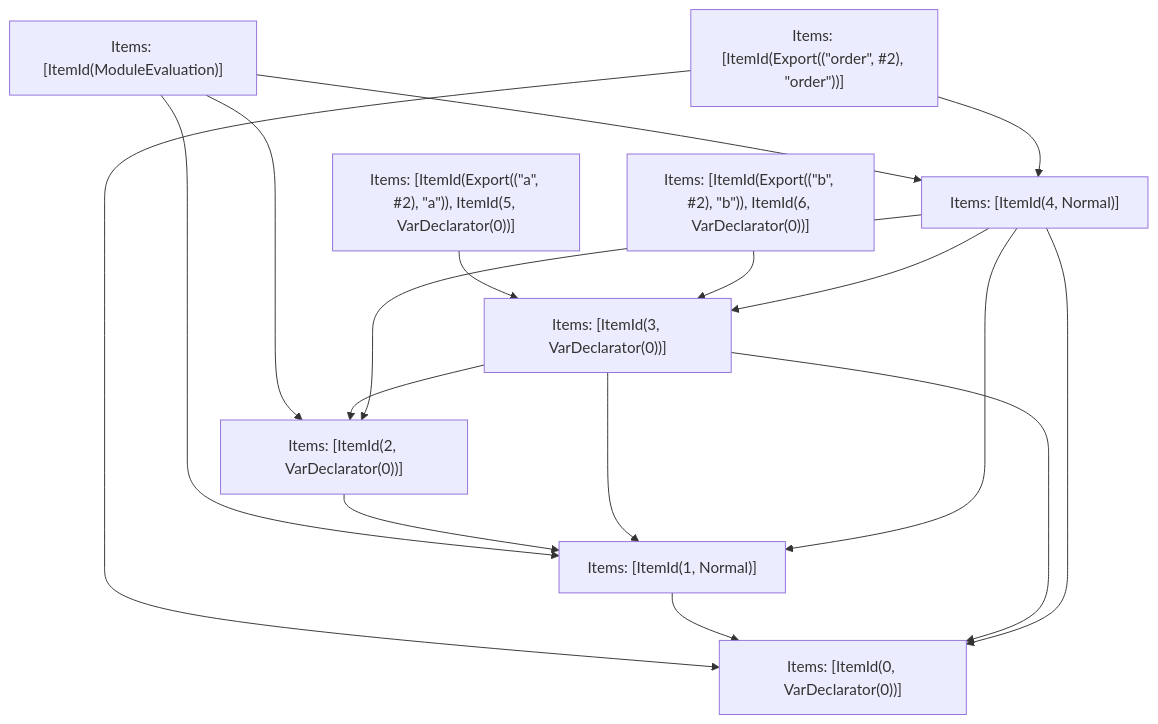
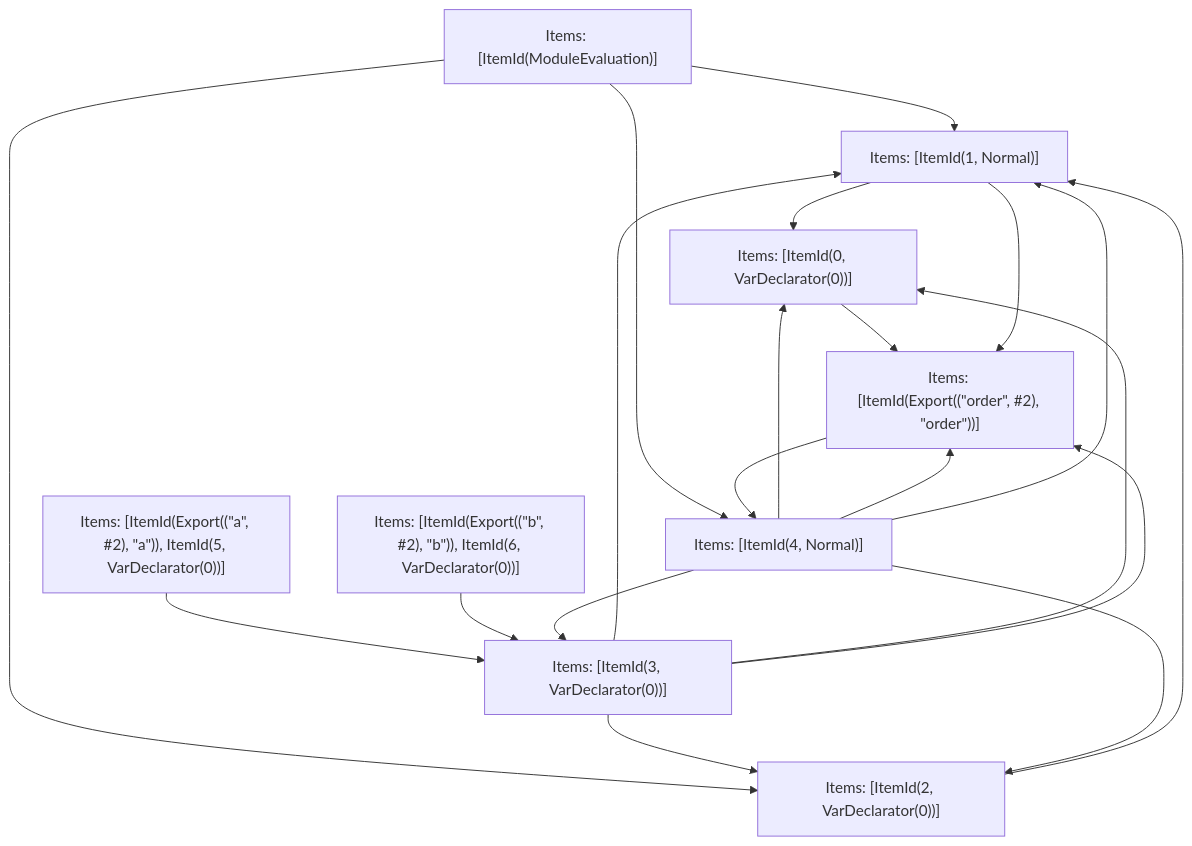
The fifth of 5 diagrams in crates/turbopack-ecmascript/tests/tree-shaker/analyzer/shared-regression/output.md (vercel/turborepo), drawn with Mermaid before and after one commit. The commit also changed other lines of this file and 24 other files, not shown here.

````diff
--- a/crates/turbopack-ecmascript/tests/tree-shaker/analyzer/shared-regression/output.md
+++ b/crates/turbopack-ecmascript/tests/tree-shaker/analyzer/shared-regression/output.md
@@ -215,28 +224,31 @@
 ```mermaid
 graph TD
     N0["Items: [ItemId(ModuleEvaluation)]"];
-    N1["Items: [ItemId(Export((&quot;order&quot;, #2), &quot;order&quot;))]"];
-    N2["Items: [ItemId(Export((&quot;a&quot;, #2), &quot;a&quot;)), ItemId(5, VarDeclarator(0))]"];
-    N3["Items: [ItemId(Export((&quot;b&quot;, #2), &quot;b&quot;)), ItemId(6, VarDeclarator(0))]"];
+    N1["Items: [ItemId(Export((&quot;a&quot;, #2), &quot;a&quot;)), ItemId(5, VarDeclarator(0))]"];
+    N2["Items: [ItemId(Export((&quot;b&quot;, #2), &quot;b&quot;)), ItemId(6, VarDeclarator(0))]"];
+    N3["Items: [ItemId(Export((&quot;order&quot;, #2), &quot;order&quot;))]"];
     N4["Items: [ItemId(0, VarDeclarator(0))]"];
     N5["Items: [ItemId(1, Normal)]"];
     N6["Items: [ItemId(2, VarDeclarator(0))]"];
     N7["Items: [ItemId(3, VarDeclarator(0))]"];
     N8["Items: [ItemId(4, Normal)]"];
     N0 --> N5;
     N0 --> N6;
     N0 --> N8;
-    N1 --> N8;
-    N1 --> N4;
+    N1 --> N7;
     N2 --> N7;
-    N3 --> N7;
+    N3 --> N8;
+    N4 --> N3;
     N5 --> N4;
+    N5 --> N3;
     N6 --> N5;
     N7 --> N6;
     N7 --> N5;
     N7 --> N4;
+    N7 --> N3;
     N8 --> N7;
     N8 --> N4;
+    N8 --> N3;
     N8 --> N5;
     N8 --> N6;
 ```
````
